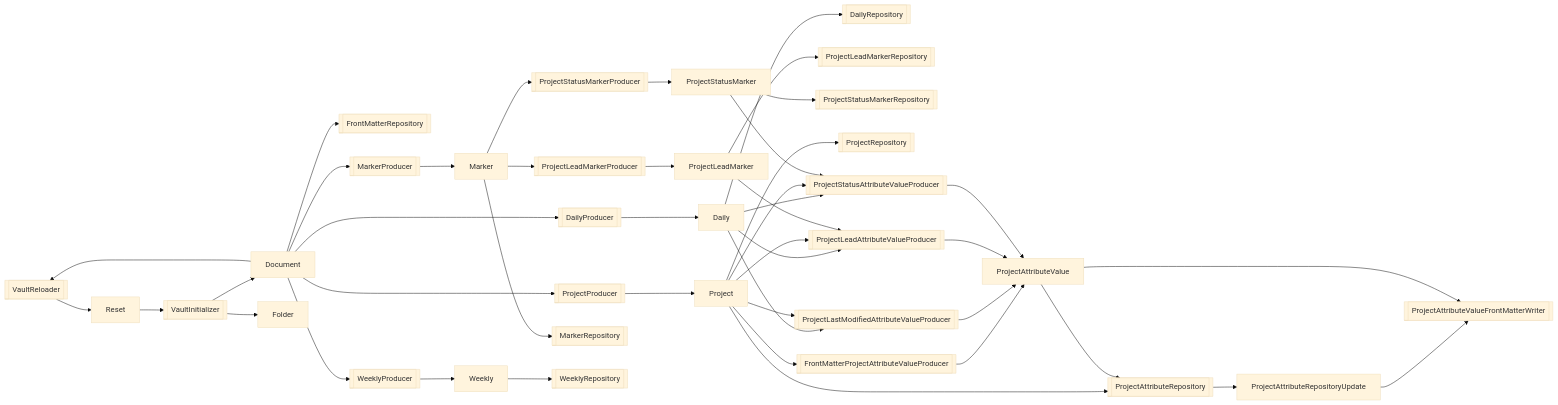
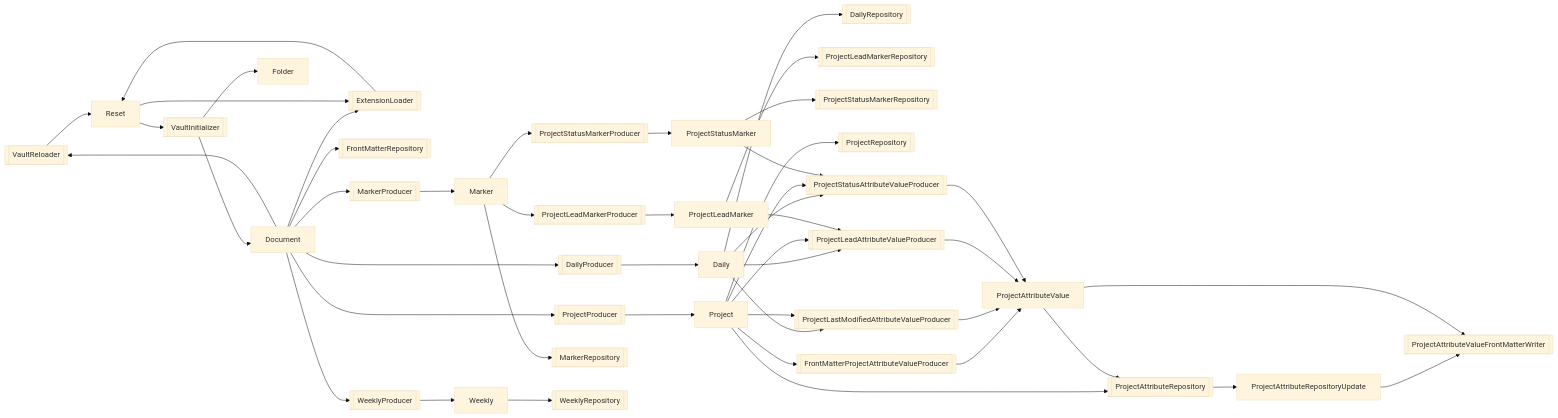
Before and after one commit to voostindie/markdown-curator-demo: the second of 2 diagrams in vault/Systems/Markdown Curator.md, drawn with Mermaid (base theme). The commit also changed other lines of this file and 4 other files, not shown here.

````diff
--- a/vault/Systems/Markdown Curator.md
+++ b/vault/Systems/Markdown Curator.md
@@ -86,66 +88,70 @@
 ```mermaid
 graph LR
     VaultReloader --> Reset
     Document --> VaultReloader
     VaultReloader@{ shape: subproc }
+    ExtensionLoader --> Reset
+    Document --> ExtensionLoader
+    Reset --> ExtensionLoader
+    ExtensionLoader@{ shape: subproc }
     VaultInitializer --> Document
     VaultInitializer --> Folder
     Reset --> VaultInitializer
     VaultInitializer@{ shape: subproc }
     DailyProducer --> Daily
     Document --> DailyProducer
     DailyProducer@{ shape: subproc }
     Daily --> DailyRepository
     DailyRepository@{ shape: subproc }
     Document --> FrontMatterRepository
     FrontMatterRepository@{ shape: subproc }
     MarkerProducer --> Marker
     Document --> MarkerProducer
     MarkerProducer@{ shape: subproc }
     ProjectLeadMarkerProducer --> ProjectLeadMarker
     Marker --> ProjectLeadMarkerProducer
     ProjectLeadMarkerProducer@{ shape: subproc }
     ProjectLeadMarker --> ProjectLeadMarkerRepository
     ProjectLeadMarkerRepository@{ shape: subproc }
     ProjectProducer --> Project
     Document --> ProjectProducer
     ProjectProducer@{ shape: subproc }
     ProjectStatusMarkerProducer --> ProjectStatusMarker
     Marker --> ProjectStatusMarkerProducer
     ProjectStatusMarkerProducer@{ shape: subproc }
     ProjectStatusMarker --> ProjectStatusMarkerRepository
     ProjectStatusMarkerRepository@{ shape: subproc }
     WeeklyProducer --> Weekly
     Document --> WeeklyProducer
     WeeklyProducer@{ shape: subproc }
     Marker --> MarkerRepository
     MarkerRepository@{ shape: subproc }
     Project --> ProjectRepository
     ProjectRepository@{ shape: subproc }
     Weekly --> WeeklyRepository
     WeeklyRepository@{ shape: subproc }
     FrontMatterProjectAttributeValueProducer --> ProjectAttributeValue
     Project --> FrontMatterProjectAttributeValueProducer
     FrontMatterProjectAttributeValueProducer@{ shape: subproc }
     ProjectLastModifiedAttributeValueProducer --> ProjectAttributeValue
     Daily --> ProjectLastModifiedAttributeValueProducer
     Project --> ProjectLastModifiedAttributeValueProducer
     ProjectLastModifiedAttributeValueProducer@{ shape: subproc }
     ProjectLeadAttributeValueProducer --> ProjectAttributeValue
     Daily --> ProjectLeadAttributeValueProducer
     Project --> ProjectLeadAttributeValueProducer
     ProjectLeadMarker --> ProjectLeadAttributeValueProducer
     ProjectLeadAttributeValueProducer@{ shape: subproc }
     ProjectStatusAttributeValueProducer --> ProjectAttributeValue
     Daily --> ProjectStatusAttributeValueProducer
     Project --> ProjectStatusAttributeValueProducer
     ProjectStatusMarker --> ProjectStatusAttributeValueProducer
     ProjectStatusAttributeValueProducer@{ shape: subproc }
     ProjectAttributeRepository --> ProjectAttributeRepositoryUpdate
     Project --> ProjectAttributeRepository
     ProjectAttributeValue --> ProjectAttributeRepository
     ProjectAttributeRepository@{ shape: subproc }
     ProjectAttributeRepositoryUpdate --> ProjectAttributeValueFrontMatterWriter
     ProjectAttributeValue --> ProjectAttributeValueFrontMatterWriter
     ProjectAttributeValueFrontMatterWriter@{ shape: subproc }
 ```
````
